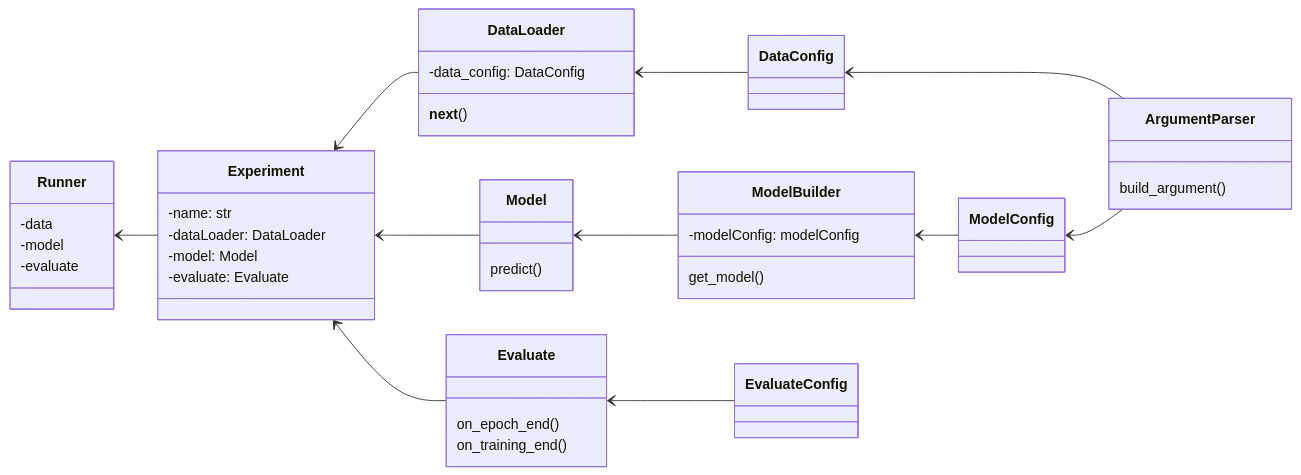
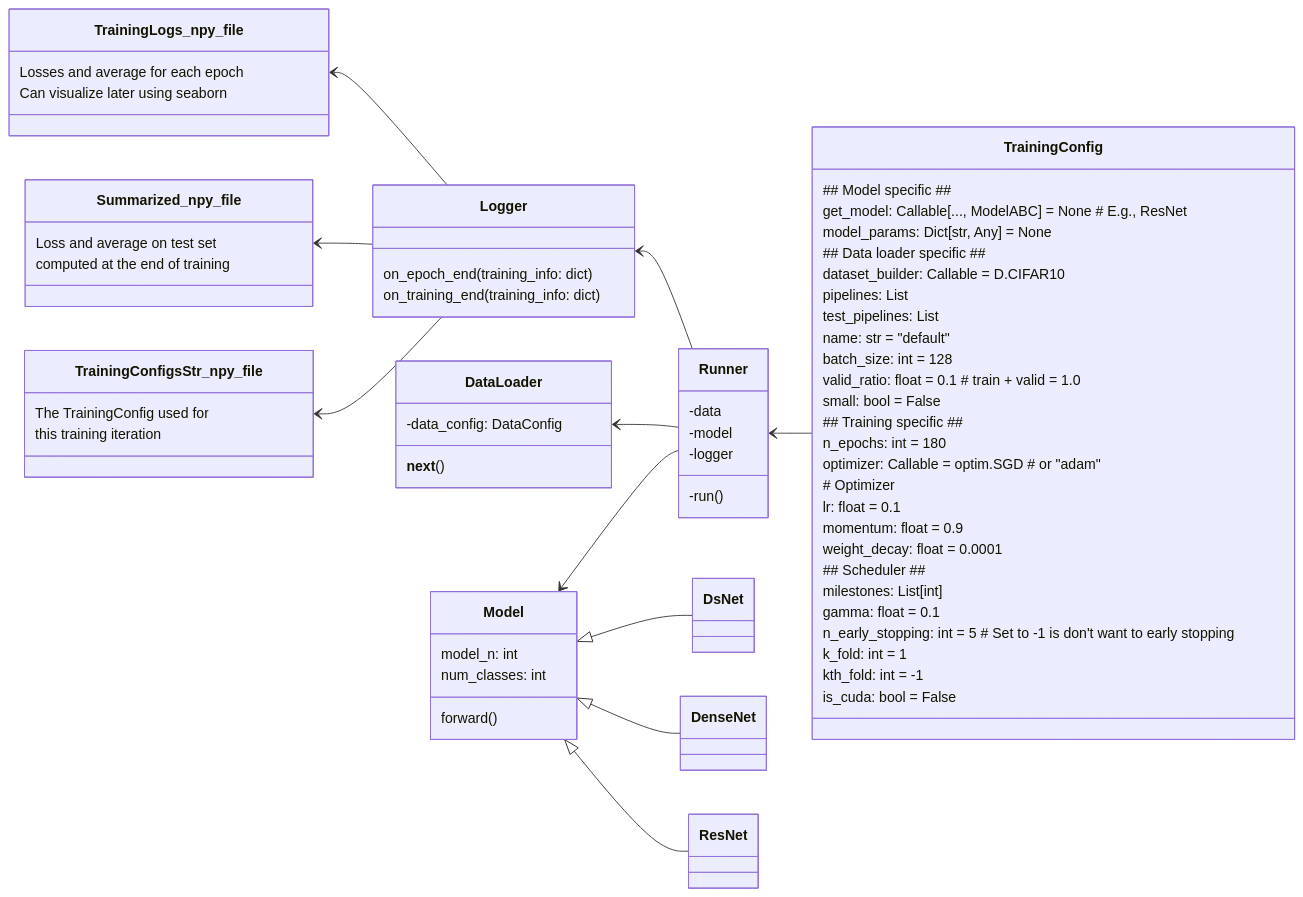
Before and after one commit to tedchsk/image_nn: the diagram in readme.md, drawn with Mermaid. The commit also changed other lines of this file, not shown here.

````diff
--- a/readme.md
+++ b/readme.md
@@ -17,24 +26,41 @@
   class Runner {
     -data
     -model
-    -evaluate
+    -logger
+    -run()
   }
   
-  class ArgumentParser{
-    build_argument()
+  class Logger {
+    on_epoch_end(training_info: dict)
+    on_training_end(training_info: dict)
   }
   
-  class DataConfig{
-  }
-  
-  class ModelConfig{
-  }
-  
-  class Experiment{
-    -name: str
-    -dataLoader: DataLoader
-    -model: Model
-    -evaluate: Evaluate
+  class TrainingConfig {
+    ## Model specific ##
+    get_model: Callable[..., ModelABC] = None # E.g., ResNet
+    model_params: Dict[str, Any] = None
+    ## Data loader specific ##
+    dataset_builder: Callable = D.CIFAR10
+    pipelines: List
+    test_pipelines: List
+    name: str = "default"
+    batch_size: int = 128
+    valid_ratio: float = 0.1  # train + valid = 1.0
+    small: bool = False
+    ## Training specific ##
+    n_epochs: int = 180
+    optimizer: Callable = optim.SGD  # or "adam"
+    # Optimizer
+    lr: float = 0.1
+    momentum: float = 0.9
+    weight_decay: float = 0.0001
+    ## Scheduler ##
+    milestones: List[int]
+    gamma: float = 0.1
+    n_early_stopping: int = 5  # Set to -1 is don't want to early stopping
+    k_fold: int = 1
+    kth_fold: int = -1
+    is_cuda: bool = False
   }
   
   class DataLoader{
@@ -42,33 +68,42 @@
     __next__()
   }
   
-  class Model{
-    predict()
+  class TrainingLogs_npy_file{
+    Losses and average for each epoch
+    Can visualize later using seaborn
   }
   
-  class Evaluate{
-    on_epoch_end()
-    on_training_end()
+ class Summarized_npy_file {
+   Loss and average on test set 
+   computed at the end of training
   }
   
-  class ModelBuilder {
-    -modelConfig: modelConfig
-    get_model()
+  class TrainingConfigsStr_npy_file {
+    The TrainingConfig used for
+    this training iteration
   }
   
-  ArgumentParser --> DataConfig
-  ArgumentParser --> ModelConfig
+  class Model{
+    model_n: int
+    num_classes: int
+    forward()
+  }
   
+  class ResNet
+  class DenseNet
+  class DsNet
   
+  TrainingConfig --> Runner
   
-  DataConfig --> DataLoader
-  ModelConfig --> ModelBuilder
-  ModelBuilder --> Model
-  EvaluateConfig --> Evaluate
+  ResNet --|> Model
+  DenseNet --|> Model
+  DsNet --|> Model
+  Runner --> DataLoader
+  Runner --> Model
+  Runner --> Logger
   
-  DataLoader --> Experiment
-  Model --> Experiment
-  Evaluate --> Experiment
-  Experiment --> Runner
+  Logger --> TrainingLogs_npy_file
+  Logger --> Summarized_npy_file
+  Logger --> TrainingConfigsStr_npy_file
   
   ```
````
